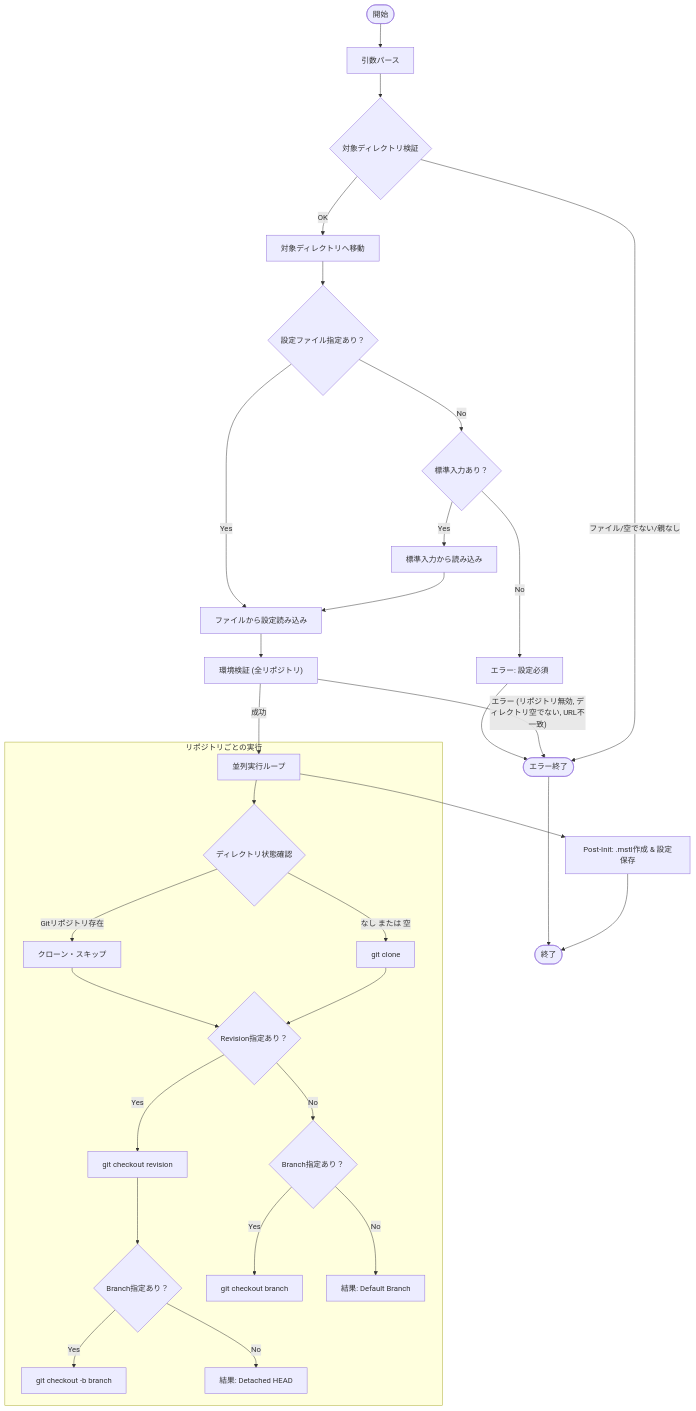
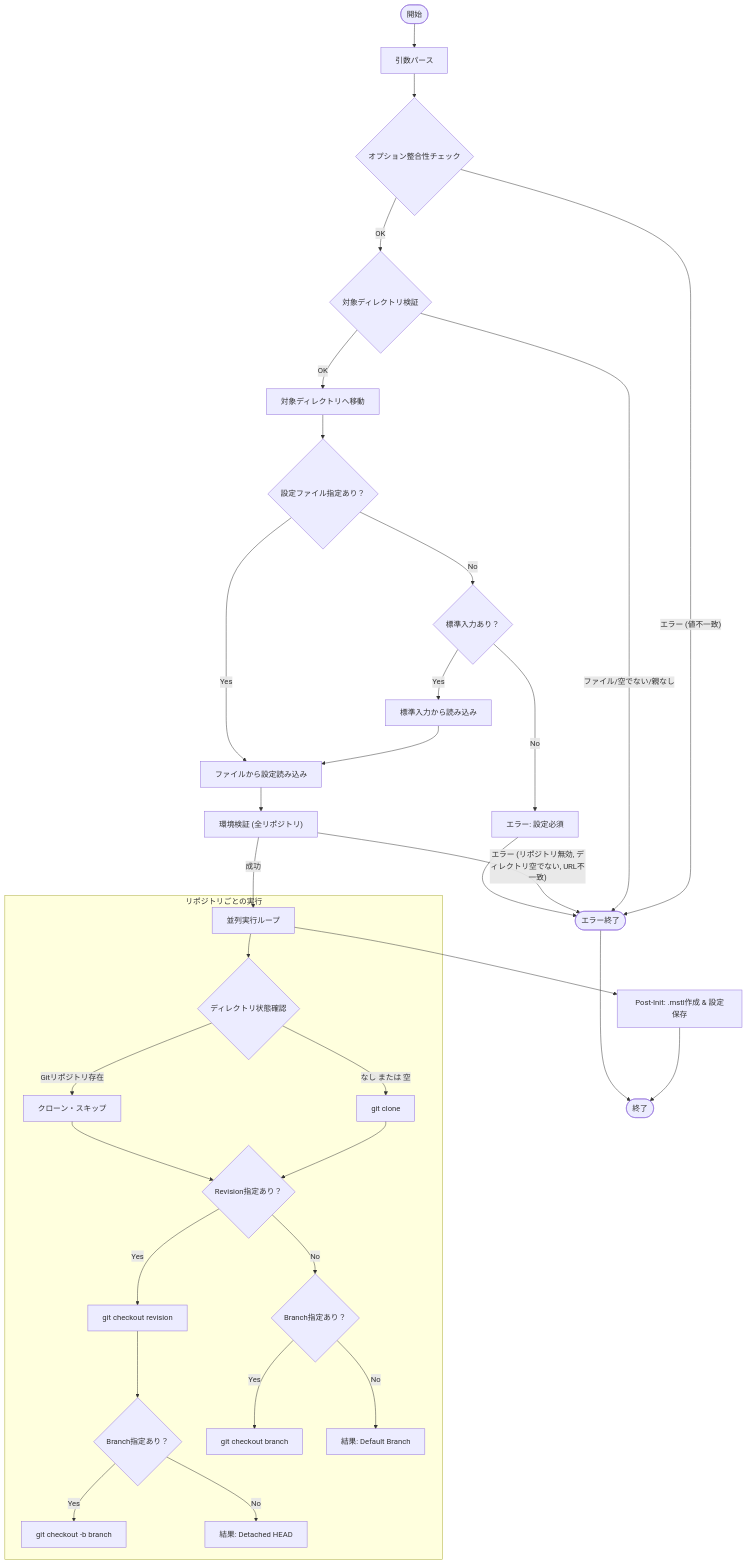
Before and after one commit to keiji/mistletoe: the diagram in docs/internal/app/init.md, drawn with Mermaid. The commit also changed other lines of this file and 12 other files, not shown here.

````diff
--- a/docs/internal/app/init.md
+++ b/docs/internal/app/init.md
@@ -73,46 +75,48 @@
 ```mermaid
 flowchart TD
     Start(["開始"]) --> ParseArgs["引数パース"]
-    ParseArgs --> CheckDest{"対象ディレクトリ検証"}
+    ParseArgs --> ValidateFlags{"オプション整合性チェック"}
+    ValidateFlags -- "エラー (値不一致)" --> ErrorExit(["エラー終了"])
+    ValidateFlags -- "OK" --> CheckDest{"対象ディレクトリ検証"}
 
-    CheckDest -- "ファイル/空でない/親なし" --> ErrorExit(["エラー終了"])
+    CheckDest -- "ファイル/空でない/親なし" --> ErrorExit
     CheckDest -- "OK" --> ChangeDir["対象ディレクトリへ移動"]
 
     ChangeDir --> CheckFile{"設定ファイル指定あり？"}
     CheckFile -- No --> CheckStdin{"標準入力あり？"}
     CheckStdin -- No --> ErrorFile["エラー: 設定必須"]
     CheckStdin -- Yes --> ReadStdin["標準入力から読み込み"]
     ReadStdin --> LoadConfig
     CheckFile -- Yes --> LoadConfig["ファイルから設定読み込み"]
     LoadConfig --> ValidateEnv["環境検証 (全リポジトリ)"]
 
     ValidateEnv -- "エラー (リポジトリ無効, ディレクトリ空でない, URL不一致)" --> ErrorExit
     ValidateEnv -- "成功" --> ExecLoop["並列実行ループ"]
 
     subgraph "リポジトリごとの実行"
         ExecLoop --> CheckState{"ディレクトリ状態確認"}
 
         CheckState -- "なし または 空" --> Clone["git clone"]
         CheckState -- "Gitリポジトリ存在" --> SkipClone["クローン・スキップ"]
 
         Clone --> CheckRev{"Revision指定あり？"}
         SkipClone --> CheckRev
 
         CheckRev -- Yes --> CheckoutRev["git checkout revision"]
         CheckoutRev --> CheckBranchWithRev{"Branch指定あり？"}
 
         CheckBranchWithRev -- Yes --> CreateBranch["git checkout -b branch"]
         CheckBranchWithRev -- No --> Detached["結果: Detached HEAD"]
 
         CheckRev -- No --> CheckBranchOnly{"Branch指定あり？"}
 
         CheckBranchOnly -- Yes --> CheckoutBranch["git checkout branch"]
         CheckBranchOnly -- No --> DefaultBranch["結果: Default Branch"]
     end
 
     ExecLoop --> CreateMstlDir["Post-Init: .mstl作成 & 設定保存"]
     CreateMstlDir --> Stop(["終了"])
 
     ErrorFile --> ErrorExit
     ErrorExit --> Stop
 ```
````
